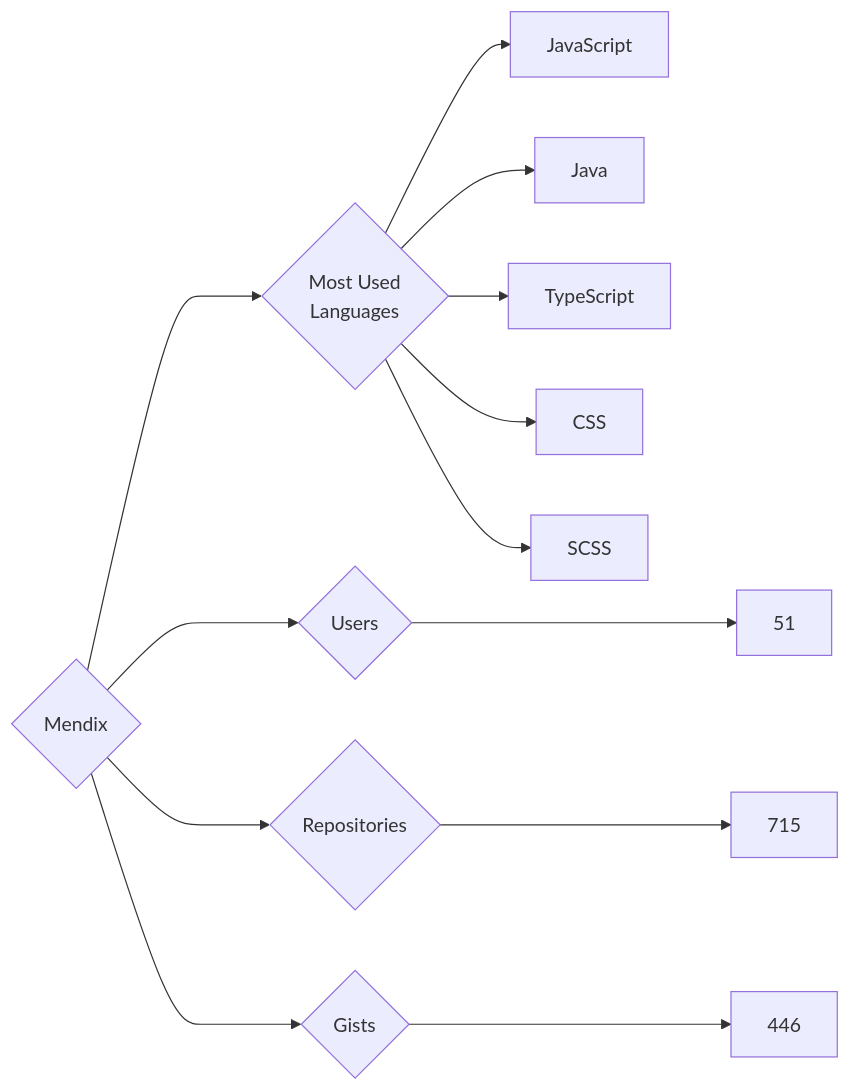
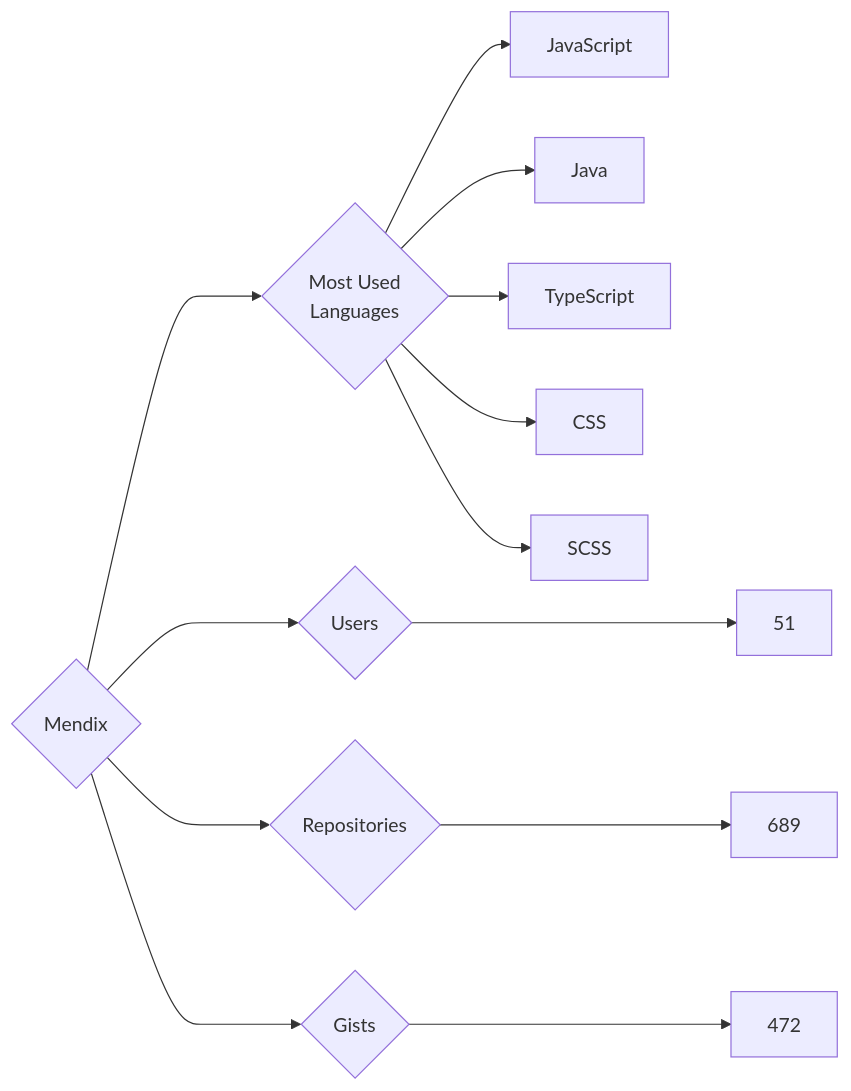
One commit to trickest/insiders changed the diagram in targets/Mendix/README.md. Above: the diagram before and after it, drawn with Mermaid. The commit also changed 965 other files, not shown here.

````diff
--- a/targets/Mendix/README.md
+++ b/targets/Mendix/README.md
@@ -3,13 +3,13 @@
 ```mermaid
 graph LR
 COMPANY_NAME{Mendix}
 COMPANY_NAME ---> U{Users} ---> UN[51]
-COMPANY_NAME ---> R{Repositories} ---> RN[715]
-COMPANY_NAME ---> G{Gists} ---> GN[446]
+COMPANY_NAME ---> R{Repositories} ---> RN[689]
+COMPANY_NAME ---> G{Gists} ---> GN[472]
 COMPANY_NAME ---> ML{Most Used<br>Languages}
 ML --> JavaScript[JavaScript]
 ML --> Java[Java]
 ML --> TypeScript[TypeScript]
 ML --> CSS[CSS]
 ML --> SCSS[SCSS]
 ```
````
